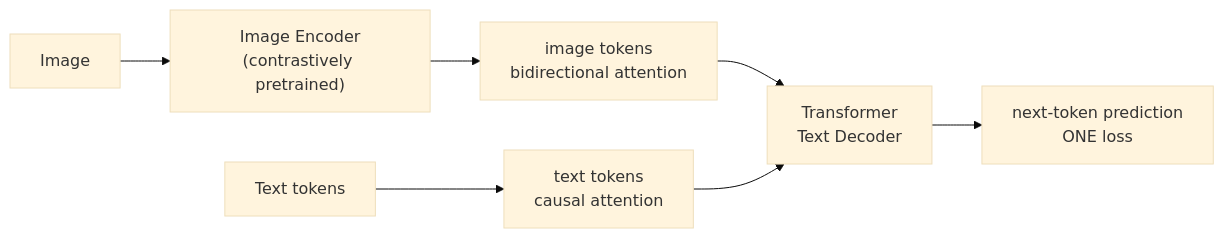
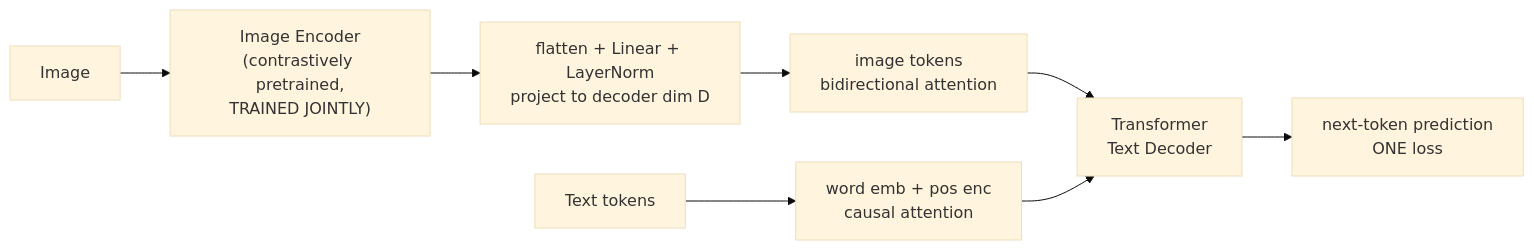
The second of 16 diagrams in temp_study.md (dhuruvasaditya/Sourashtra-Learner-Webapp), drawn with Mermaid (base theme) before and after one commit. The commit also changed other lines of this file, not shown here.

Commit message:
Correct GIT section: it does project image features
The diagram implied image features went straight into the decoder.
GIT applies a linear layer + LayerNorm to reach the decoder dim; its
simplification is dropping the detector and auxiliary losses.

````diff
--- a/temp_study.md
+++ b/temp_study.md
@@ -169,9 +169,10 @@
 ```mermaid
 flowchart LR
-    I["Image"] --> E["Image Encoder<br/>(contrastively pretrained)"]
-    E --> IT["image tokens<br/>bidirectional attention"]
-    T["Text tokens"] --> TT["text tokens<br/>causal attention"]
+    I["Image"] --> E["Image Encoder<br/>(contrastively pretrained,<br/>TRAINED JOINTLY)"]
+    E --> PR["flatten + Linear + LayerNorm<br/>project to decoder dim D"]
+    PR --> IT["image tokens<br/>bidirectional attention"]
+    T["Text tokens"] --> TT["word emb + pos enc<br/>causal attention"]
     IT --> D["Transformer<br/>Text Decoder"]
     TT --> D
     D --> O["next-token prediction<br/>ONE loss"]
 ```
````
